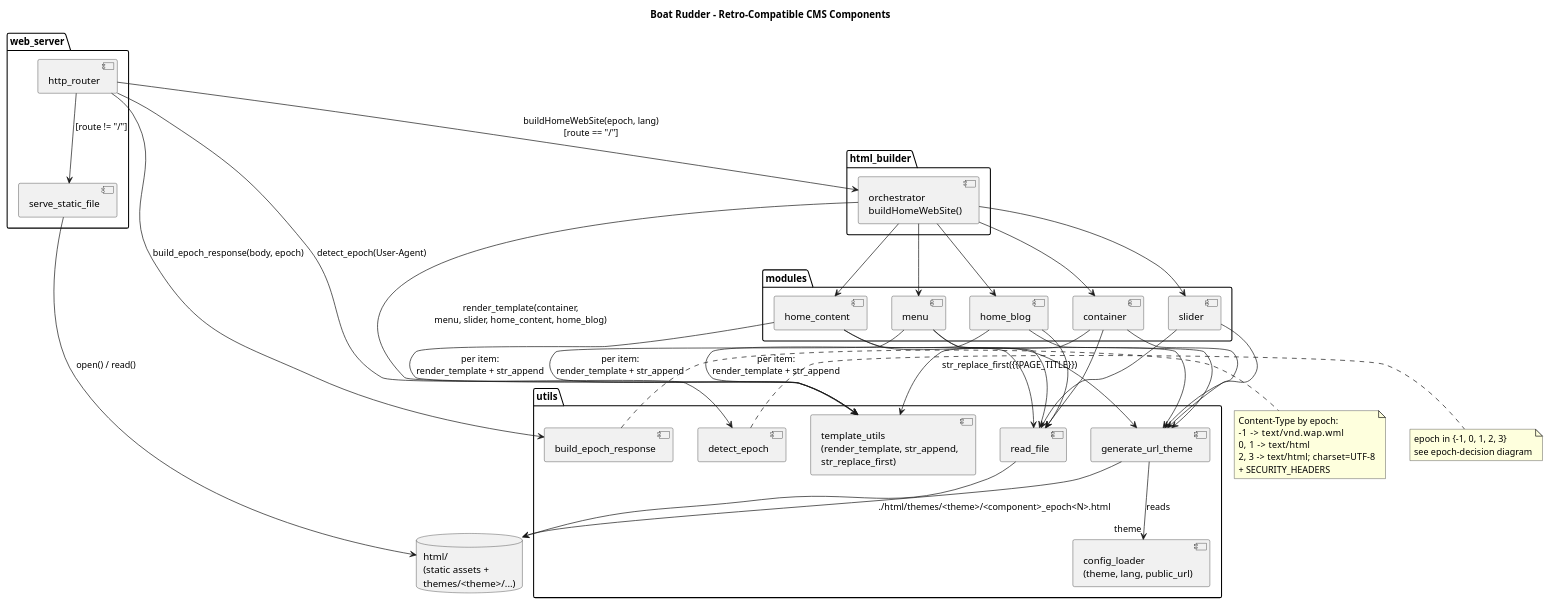
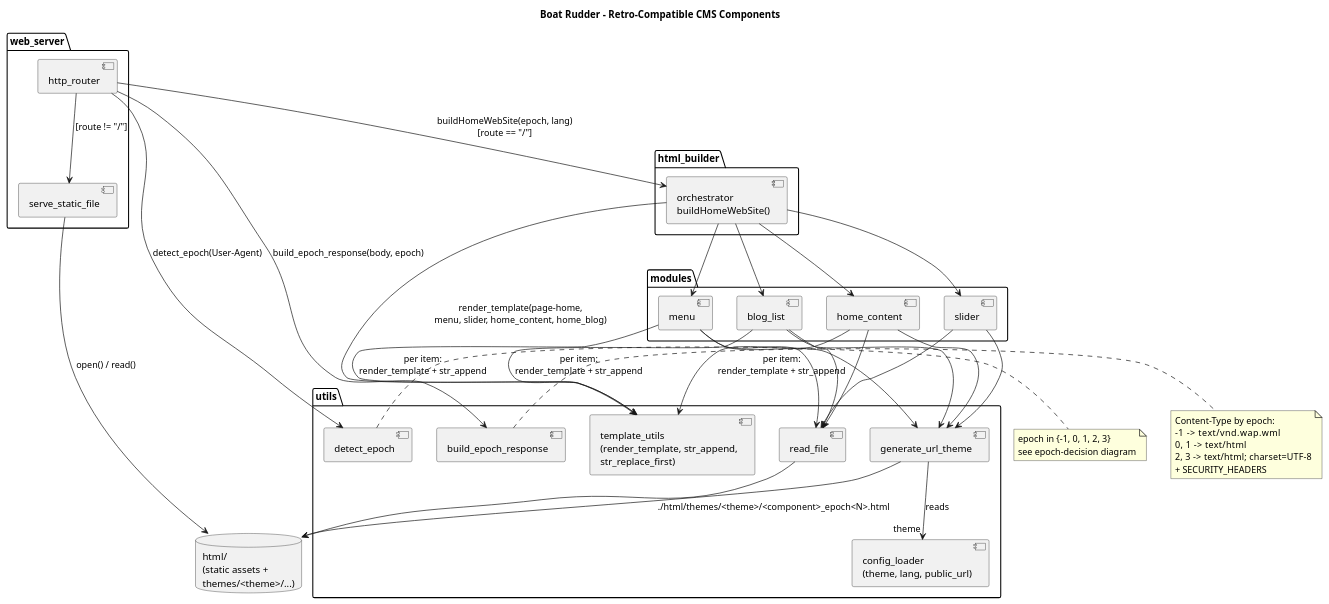
One commit to jpablotoledom/boat-rudder changed the third of 5 diagrams in develop_docs/boat-rudder.md. Above: the diagram before and after it, drawn with PlantUML. The commit also changed other lines of this file and 229 other files, not shown here.

````diff
--- a/develop_docs/boat-rudder.md
+++ b/develop_docs/boat-rudder.md
@@ -330,80 +332,75 @@
 ```plantuml
 @startuml cms-components
 title Boat Rudder - Retro-Compatible CMS Components
 
 package "web_server" {
     [http_router] as ROUTER
     [serve_static_file] as STATIC
 }
 
 package "html_builder" {
     [orchestrator\nbuildHomeWebSite()] as ORCH
 }
 
 package "modules" {
-    [container] as CONTAINER
     [menu] as MENU
     [slider] as SLIDER
     [home_content] as HOME
-    [home_blog] as BLOG
+    [blog_list] as BLOG
 }
 
 package "utils" {
     [detect_epoch] as EPOCH
     [generate_url_theme] as URLTHEME
     [read_file] as READFILE
     [template_utils\n(render_template, str_append,\nstr_replace_first)] as TPL
     [build_epoch_response] as RESP
     [config_loader\n(theme, lang, public_url)] as CONFIG
 }
 
 database "html/\n(static assets +\nthemes/<theme>/...)" as FS
 
 ROUTER --> EPOCH : detect_epoch(User-Agent)
 ROUTER --> ORCH : buildHomeWebSite(epoch, lang)\n[route == "/"]
 ROUTER --> RESP : build_epoch_response(body, epoch)
 ROUTER --> STATIC : [route != "/"]
 STATIC --> FS : open() / read()
 
-ORCH --> CONTAINER
 ORCH --> MENU
 ORCH --> SLIDER
 ORCH --> HOME
 ORCH --> BLOG
-ORCH --> TPL : render_template(container,\nmenu, slider, home_content, home_blog)
+ORCH --> TPL : render_template(page-home,\nmenu, slider, home_content, home_blog)
 
-CONTAINER --> URLTHEME
 MENU --> URLTHEME
 SLIDER --> URLTHEME
 HOME --> URLTHEME
 BLOG --> URLTHEME
 
-CONTAINER --> READFILE
 MENU --> READFILE
 SLIDER --> READFILE
 HOME --> READFILE
 BLOG --> READFILE
 
 MENU --> TPL : per item:\nrender_template + str_append
 HOME --> TPL : per item:\nrender_template + str_append
 BLOG --> TPL : per item:\nrender_template + str_append
-CONTAINER --> TPL : str_replace_first({{PAGE_TITLE}})
 
 URLTHEME --> CONFIG : reads "theme"
 URLTHEME --> FS : "./html/themes/<theme>/<component>_epoch<N>.html"
 READFILE --> FS
 
 note right of EPOCH
   epoch in {-1, 0, 1, 2, 3}
   see epoch-decision diagram
 end note
 
 note right of RESP
   Content-Type by epoch:
   -1     -> text/vnd.wap.wml
   0, 1   -> text/html
   2, 3   -> text/html; charset=UTF-8
   + SECURITY_HEADERS
 end note
 @enduml
 ```
````
